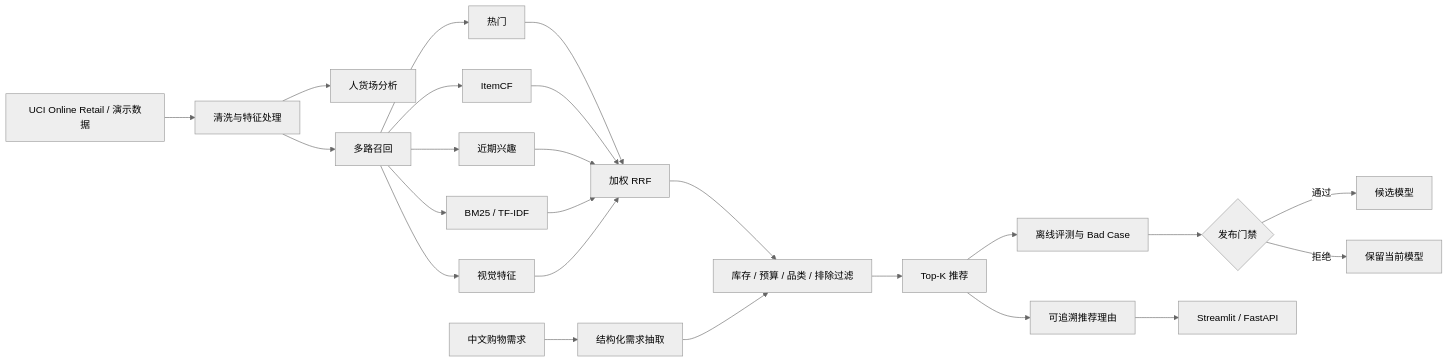
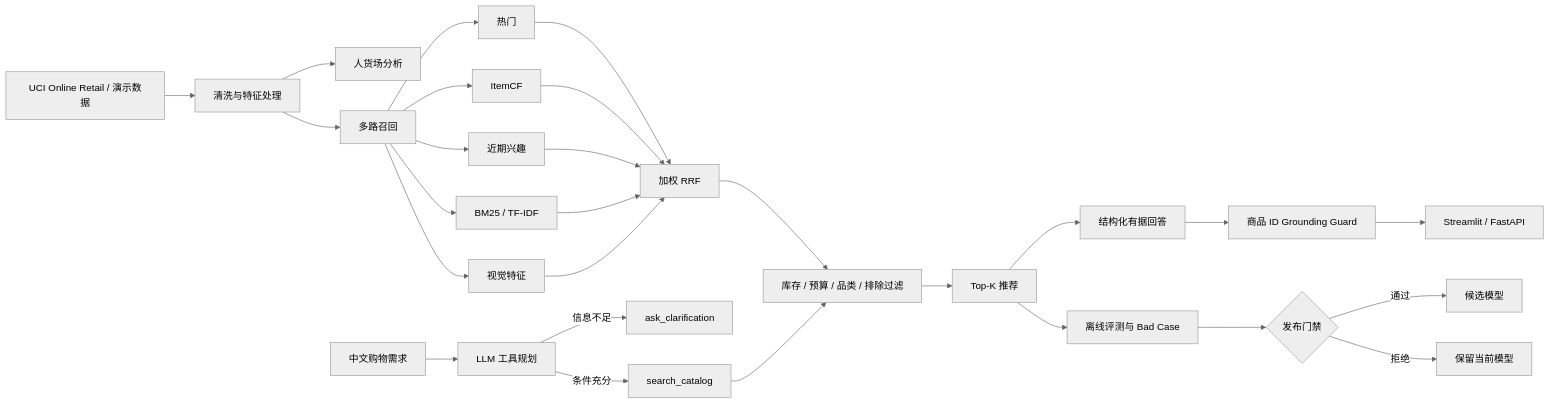
Before and after one commit to jiuxin77/ShopMind-AI: the diagram in docs/system_architecture.md, drawn with Mermaid (neutral theme). The commit also changed other lines of this file and 21 other files, not shown here.

Commit message:
feat: add grounded LLM shopping agent and deployable API

````diff
--- a/docs/system_architecture.md
+++ b/docs/system_architecture.md
@@ -3,26 +3,29 @@
 ```mermaid
 flowchart LR
     A[UCI Online Retail / 演示数据] --> B[清洗与特征处理]
     B --> C[人货场分析]
     B --> D[多路召回]
     D --> D1[热门]
     D --> D2[ItemCF]
     D --> D3[近期兴趣]
     D --> D4[BM25 / TF-IDF]
     D --> D5[视觉特征]
     D1 --> E[加权 RRF]
     D2 --> E
     D3 --> E
     D4 --> E
     D5 --> E
     E --> F[库存 / 预算 / 品类 / 排除过滤]
     F --> G[Top-K 推荐]
-    H[中文购物需求] --> I[结构化需求抽取]
-    I --> F
-    G --> J[可追溯推荐理由]
+    H[中文购物需求] --> I[LLM 工具规划]
+    I -->|信息不足| I1[ask_clarification]
+    I -->|条件充分| I2[search_catalog]
+    I2 --> F
+    G --> J[结构化有据回答]
+    J --> J1[商品 ID Grounding Guard]
     G --> K[离线评测与 Bad Case]
     K --> L{发布门禁}
     L -->|通过| M[候选模型]
     L -->|拒绝| N[保留当前模型]
-    J --> O[Streamlit / FastAPI]
+    J1 --> O[Streamlit / FastAPI]
 ```
````
